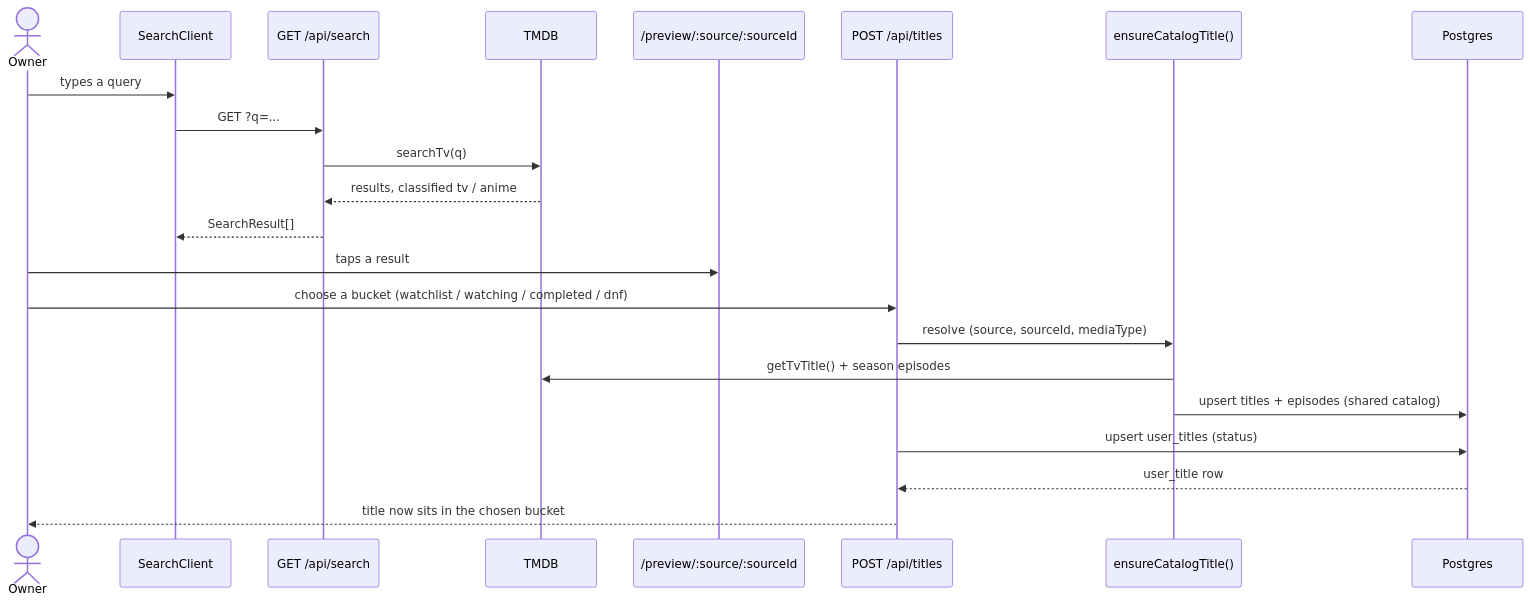
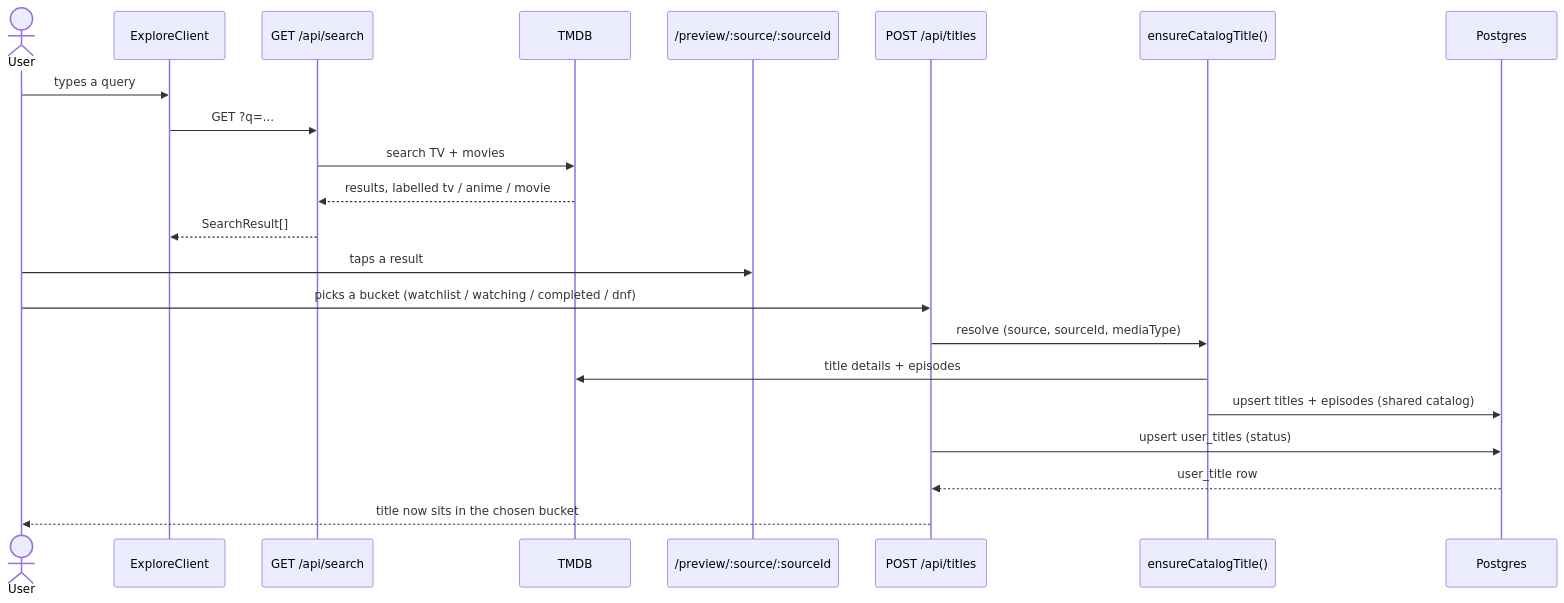
The fifth of 8 diagrams in README.md (anshu-ravi/tv-tracker), drawn with Mermaid before and after one commit. The commit also changed other lines of this file and 11 other files, not shown here.

````diff
--- a/README.md
+++ b/README.md
@@ -340,25 +345,25 @@
 ```mermaid
 sequenceDiagram
-    actor U as Owner
-    participant UI as SearchClient
+    actor U as User
+    participant UI as ExploreClient
     participant API as GET /api/search
     participant TMDB
     participant Preview as /preview/:source/:sourceId
     participant Add as POST /api/titles
     participant Cat as ensureCatalogTitle()
     participant DB as Postgres
 
     U->>UI: types a query
     UI->>API: GET ?q=...
-    API->>TMDB: searchTv(q)
-    TMDB-->>API: results, classified tv / anime
+    API->>TMDB: search TV + movies
+    TMDB-->>API: results, labelled tv / anime / movie
     API-->>UI: SearchResult[]
     U->>Preview: taps a result
-    U->>Add: choose a bucket (watchlist / watching / completed / dnf)
+    U->>Add: picks a bucket (watchlist / watching / completed / dnf)
     Add->>Cat: resolve (source, sourceId, mediaType)
-    Cat->>TMDB: getTvTitle() + season episodes
+    Cat->>TMDB: title details + episodes
     Cat->>DB: upsert titles + episodes (shared catalog)
     Add->>DB: upsert user_titles (status)
     DB-->>Add: user_title row
     Add-->>U: title now sits in the chosen bucket
 ```
````
